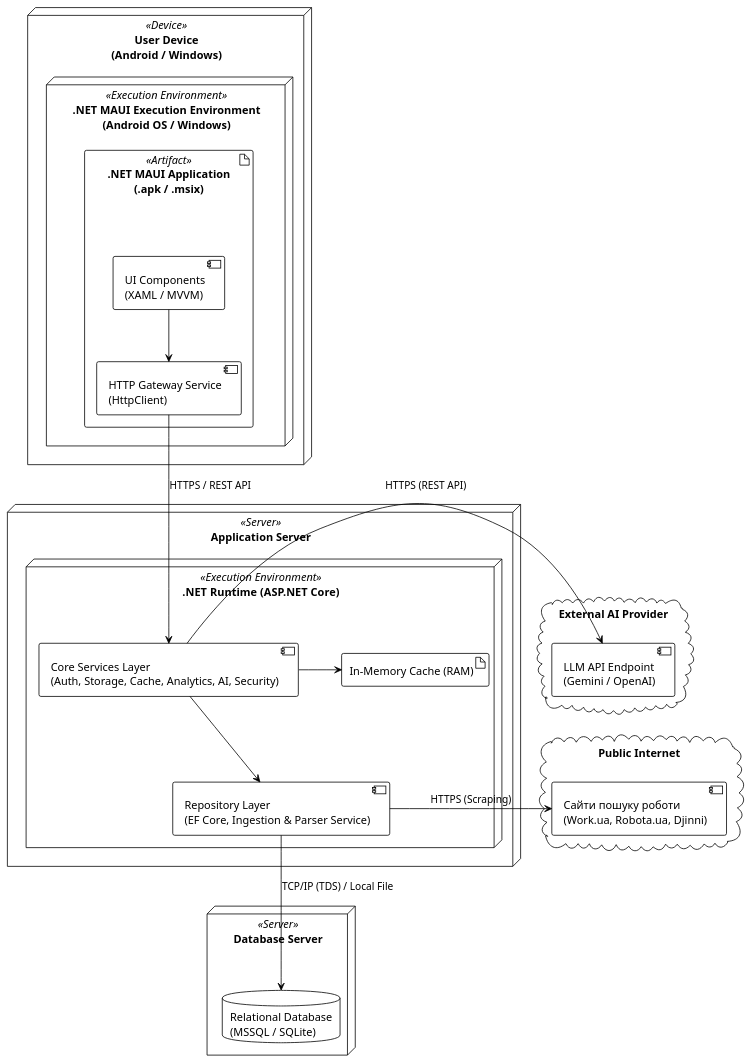
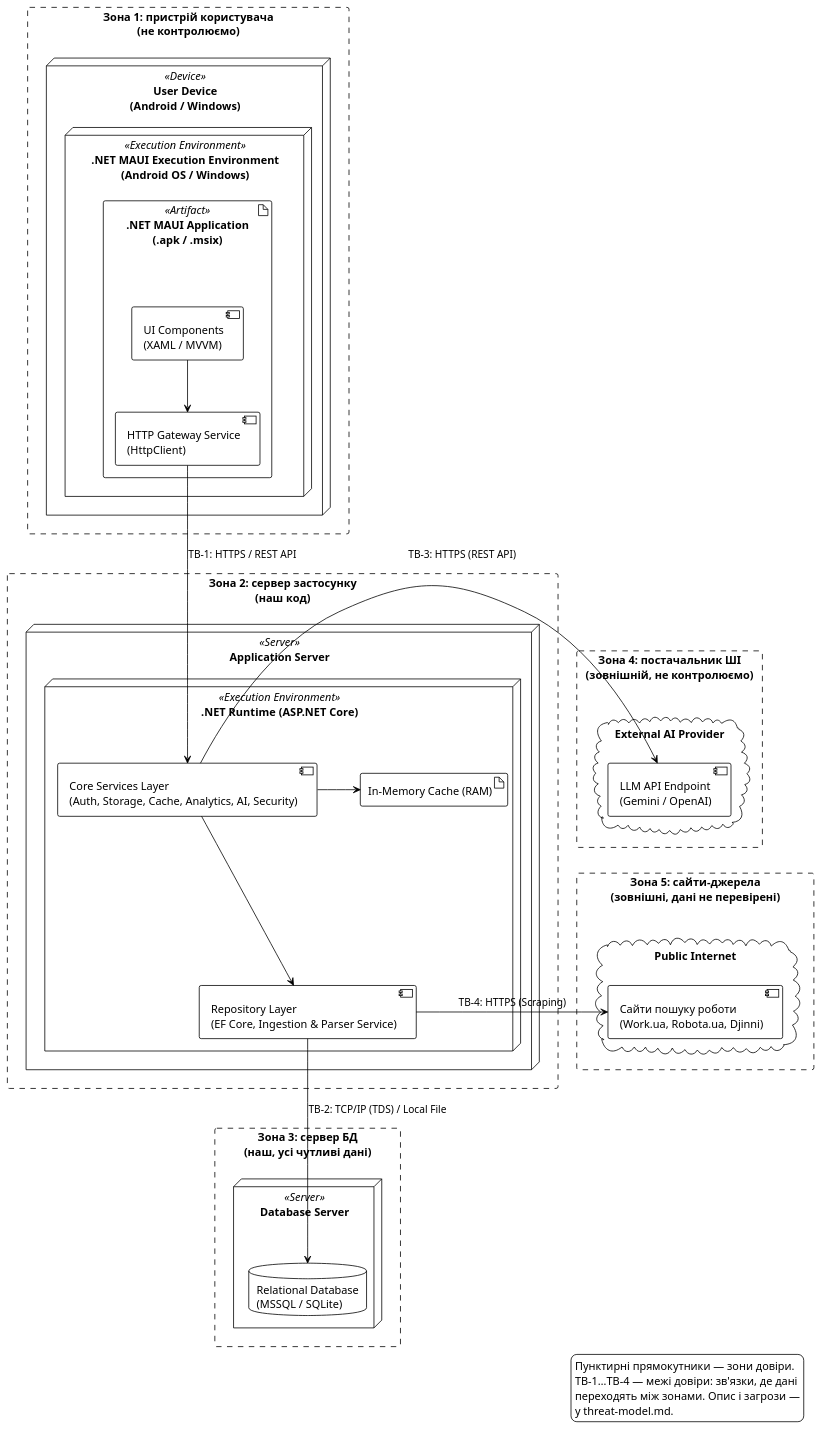
The diagram in docs/architecture/uml/deployment-diagram.puml (ukma-fin-ssdm-2026/waterfall), drawn with PlantUML before and after one commit. The commit also changed 2 other files, not shown here.

Commit message:
Task 5: created threat-model.md and so updated deployment-diagram.

```diff
--- a/docs/architecture/uml/deployment-diagram.puml
+++ b/docs/architecture/uml/deployment-diagram.puml
@@ -2,44 +2,61 @@
 @startuml
 !theme plain
 skinparam nodesep 55
 skinparam ranksep 65
 
-node "User Device\n(Android / Windows)" <<Device>> {
-    node ".NET MAUI Execution Environment\n(Android OS / Windows)" <<Execution Environment>> {
-        artifact ".NET MAUI Application\n(.apk / .msix)" <<Artifact>> {
-            component "UI Components\n(XAML / MVVM)" as ClientUI
-            component "HTTP Gateway Service\n(HttpClient)" as ClientGateway
-            ClientUI -down-> ClientGateway
+rectangle "Зона 1: пристрій користувача\n(не контролюємо)" as Z1 #line.dashed {
+    node "User Device\n(Android / Windows)" <<Device>> {
+        node ".NET MAUI Execution Environment\n(Android OS / Windows)" <<Execution Environment>> {
+            artifact ".NET MAUI Application\n(.apk / .msix)" <<Artifact>> {
+                component "UI Components\n(XAML / MVVM)" as ClientUI
+                component "HTTP Gateway Service\n(HttpClient)" as ClientGateway
+                ClientUI -down-> ClientGateway
+            }
         }
     }
 }
 
-cloud "External AI Provider" {
-    component "LLM API Endpoint\n(Gemini / OpenAI)" as AIEndpoint
-}
-
-node "Application Server" <<Server>> {
-    node ".NET Runtime (ASP.NET Core)" <<Execution Environment>> {
-        component "Core Services Layer\n(Auth, Storage, Cache, Analytics, AI, Security)" as CoreServices
-        component "Repository Layer\n(EF Core, Ingestion & Parser Service)" as RepoLayer
-        artifact "In-Memory Cache (RAM)" as MemoryCache
-        
-        CoreServices -down-> RepoLayer
-        CoreServices -right-> MemoryCache
+rectangle "Зона 4: постачальник ШІ\n(зовнішній, не контролюємо)" as Z4 #line.dashed {
+    cloud "External AI Provider" {
+        component "LLM API Endpoint\n(Gemini / OpenAI)" as AIEndpoint
     }
 }
 
-node "Database Server" <<Server>> {
-    database "Relational Database\n(MSSQL / SQLite)" as DB
+rectangle "Зона 2: сервер застосунку\n(наш код)" as Z2 #line.dashed {
+    node "Application Server" <<Server>> {
+        node ".NET Runtime (ASP.NET Core)" <<Execution Environment>> {
+            component "Core Services Layer\n(Auth, Storage, Cache, Analytics, AI, Security)" as CoreServices
+            component "Repository Layer\n(EF Core, Ingestion & Parser Service)" as RepoLayer
+            artifact "In-Memory Cache (RAM)" as MemoryCache
+
+            CoreServices -down-> RepoLayer
+            CoreServices -right-> MemoryCache
+        }
+    }
 }
 
-cloud "Public Internet" {
-    component "Сайти пошуку роботи\n(Work.ua, Robota.ua, Djinni)" as JobSites
+rectangle "Зона 3: сервер БД\n(наш, усі чутливі дані)" as Z3 #line.dashed {
+    node "Database Server" <<Server>> {
+        database "Relational Database\n(MSSQL / SQLite)" as DB
+    }
 }
 
-ClientGateway -down-> CoreServices : HTTPS / REST API
-RepoLayer -down-> DB : TCP/IP (TDS) / Local File
-CoreServices -left-> AIEndpoint : HTTPS (REST API)
-RepoLayer -right-> JobSites : HTTPS (Scraping)
+rectangle "Зона 5: сайти-джерела\n(зовнішні, дані не перевірені)" as Z5 #line.dashed {
+    cloud "Public Internet" {
+        component "Сайти пошуку роботи\n(Work.ua, Robota.ua, Djinni)" as JobSites
+    }
+}
+
+ClientGateway -down-> CoreServices : TB-1: HTTPS / REST API
+RepoLayer -down-> DB : TB-2: TCP/IP (TDS) / Local File
+CoreServices -left-> AIEndpoint : TB-3: HTTPS (REST API)
+RepoLayer -right-> JobSites : TB-4: HTTPS (Scraping)
+
+legend right
+  Пунктирні прямокутники — зони довіри.
+  TB-1…TB-4 — межі довіри: зв'язки, де дані
+  переходять між зонами. Опис і загрози —
+  у threat-model.md.
+endlegend
 
 @enduml
```
